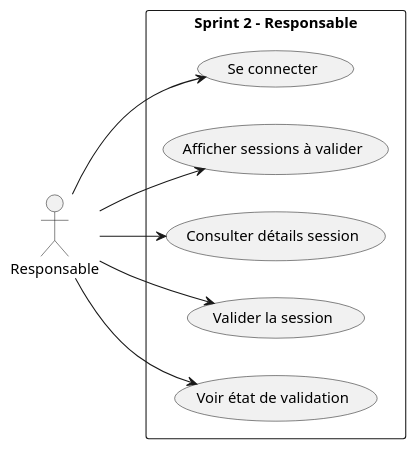
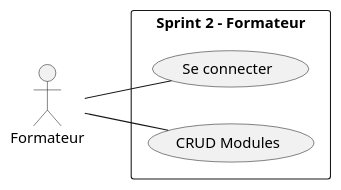
One commit to Ayoub-El-Bouzidi/fil-rouge changed the diagram in Branch Functional/Analys/useCase_2.puml. Above: the diagram before and after it, drawn with PlantUML. The commit also changed 1 other file, not shown here.

```diff
--- a/Branch Functional/Analys/useCase_2.puml
+++ b/Branch Functional/Analys/useCase_2.puml
@@ -1,21 +1,16 @@
 @startuml
 left to right direction
 skinparam packageStyle rectangle
 
-actor Responsable
+actor Formateur
 
-rectangle "Sprint 2 - Responsable" {
+rectangle "Sprint 2 - Formateur" {
 
   usecase "Se connecter"
-  usecase "Afficher sessions à valider"
-  usecase "Consulter détails session"
-  usecase "Valider la session"
-  usecase "Voir état de validation"
+  usecase "CRUD Modules"
 
-  Responsable --> "Se connecter"
-  Responsable --> "Afficher sessions à valider"
-  Responsable --> "Consulter détails session"
-  Responsable --> "Valider la session"
-  Responsable --> "Voir état de validation"
+  Formateur -- "Se connecter"
+  Formateur -- "CRUD Modules"
+
 }
 @enduml
```
